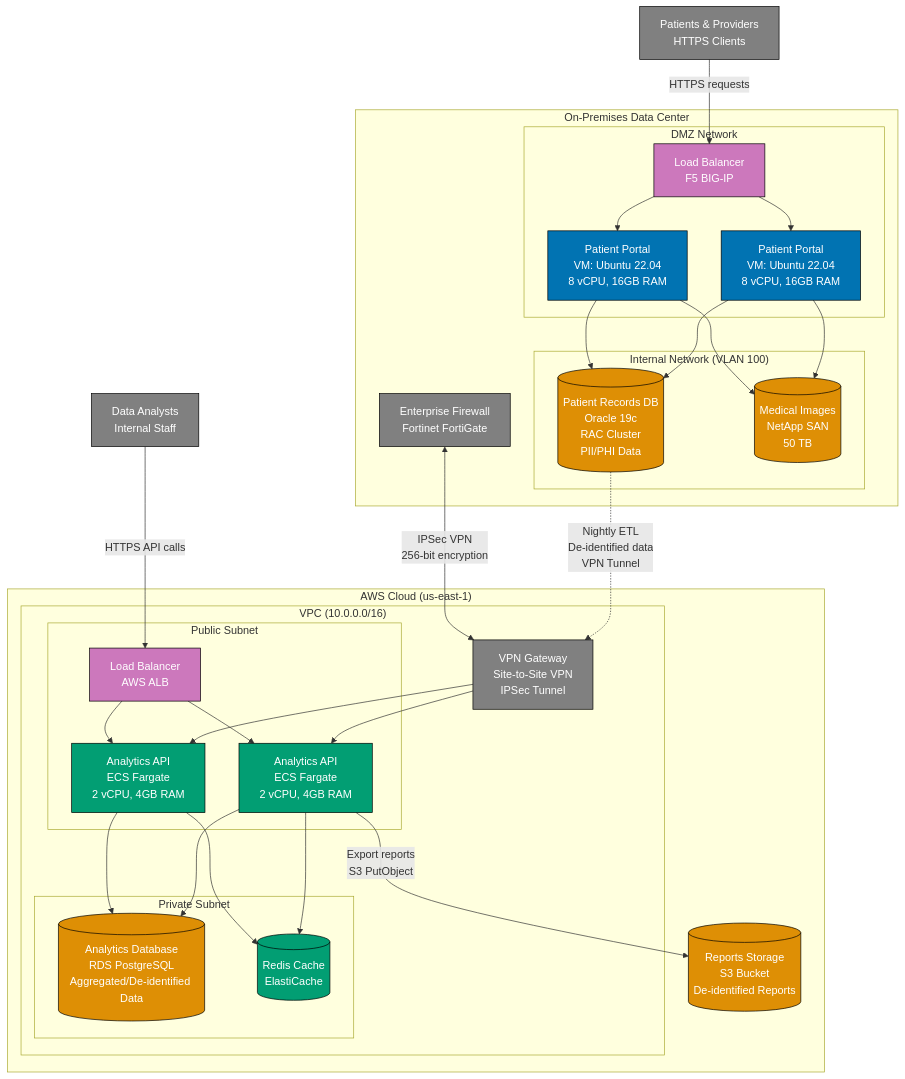
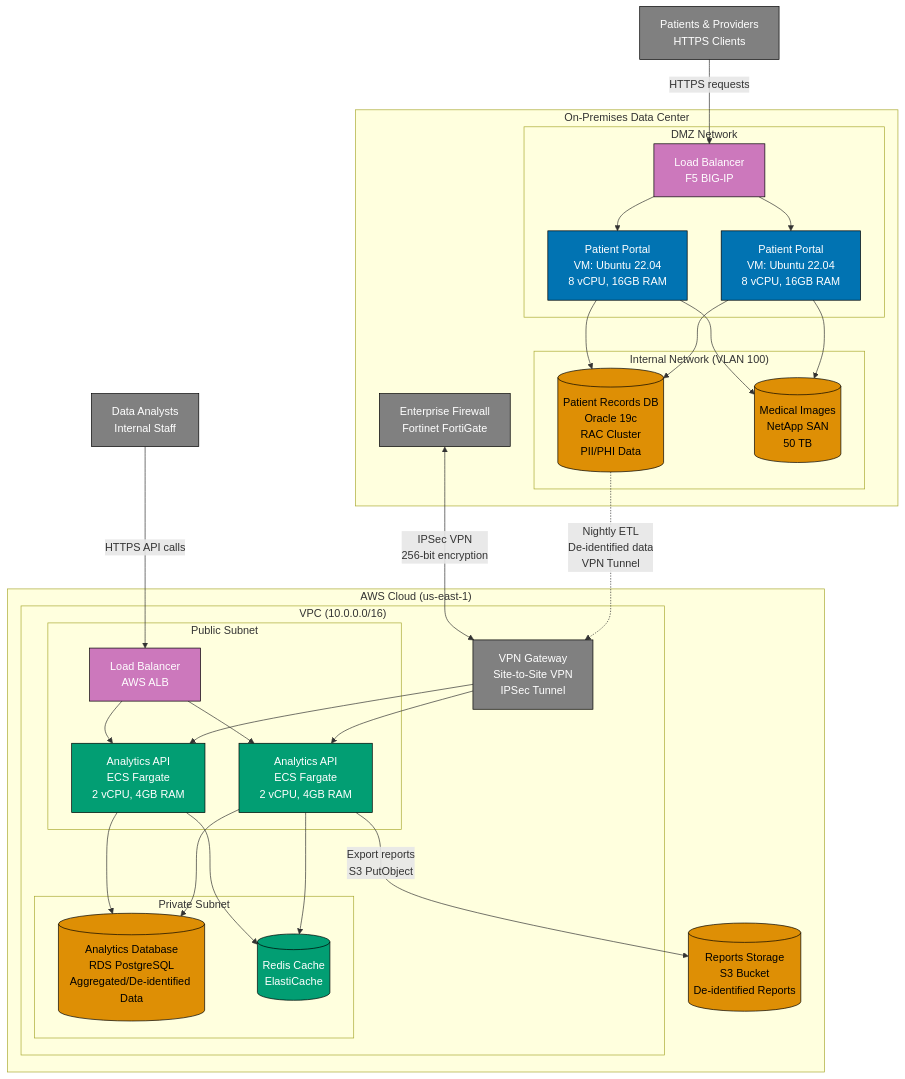
Before and after one commit to wahidyankf/open-sharia-enterprise: the tenth of 11 diagrams in docs/explanation/software-design/c4-architecture-model/ex-sode-c4armo__07-supplementary-diagrams.md, drawn with Mermaid. The commit also changed other lines of this file and 35 other files, not shown here.

````diff
--- a/docs/explanation/software-design/c4-architecture-model/ex-sode-c4armo__07-supplementary-diagrams.md
+++ b/docs/explanation/software-design/c4-architecture-model/ex-sode-c4armo__07-supplementary-diagrams.md
@@ -1043,78 +1043,78 @@
 ```mermaid
 graph TB
     subgraph "On-Premises Data Center"
         subgraph "DMZ Network"
             ON_PREM_LB[Load Balancer<br/>F5 BIG-IP]
             ON_PREM_APP1[Patient Portal<br/>VM: Ubuntu 22.04<br/>8 vCPU, 16GB RAM]
             ON_PREM_APP2[Patient Portal<br/>VM: Ubuntu 22.04<br/>8 vCPU, 16GB RAM]
         end
 
         subgraph "Internal Network (VLAN 100)"
             ON_PREM_DB[(Patient Records DB<br/>Oracle 19c<br/>RAC Cluster<br/>PII/PHI Data)]
             ON_PREM_STORAGE[(Medical Images<br/>NetApp SAN<br/>50 TB)]
         end
 
         FIREWALL[Enterprise Firewall<br/>Fortinet FortiGate]
     end
 
     subgraph "AWS Cloud (us-east-1)"
         subgraph "VPC (10.0.0.0/16)"
             VPN_GW[VPN Gateway<br/>Site-to-Site VPN<br/>IPSec Tunnel]
 
             subgraph "Public Subnet"
                 CLOUD_LB[Load Balancer<br/>AWS ALB]
                 CLOUD_API1[Analytics API<br/>ECS Fargate<br/>2 vCPU, 4GB RAM]
                 CLOUD_API2[Analytics API<br/>ECS Fargate<br/>2 vCPU, 4GB RAM]
             end
 
             subgraph "Private Subnet"
                 CLOUD_DB[(Analytics Database<br/>RDS PostgreSQL<br/>Aggregated/De-identified Data)]
                 CLOUD_CACHE[(Redis Cache<br/>ElastiCache)]
             end
         end
 
         S3_REPORTS[(Reports Storage<br/>S3 Bucket<br/>De-identified Reports)]
     end
 
     USERS[Patients & Providers<br/>HTTPS Clients]
     ANALYSTS[Data Analysts<br/>Internal Staff]
 
     USERS -->|HTTPS requests| ON_PREM_LB
     ON_PREM_LB --> ON_PREM_APP1
     ON_PREM_LB --> ON_PREM_APP2
     ON_PREM_APP1 --> ON_PREM_DB
     ON_PREM_APP2 --> ON_PREM_DB
     ON_PREM_APP1 --> ON_PREM_STORAGE
     ON_PREM_APP2 --> ON_PREM_STORAGE
 
     ON_PREM_DB -.->|Nightly ETL<br/>De-identified data<br/>VPN Tunnel| VPN_GW
     FIREWALL <-->|IPSec VPN<br/>256-bit encryption| VPN_GW
 
     VPN_GW --> CLOUD_API1
     VPN_GW --> CLOUD_API2
 
     ANALYSTS -->|HTTPS API calls| CLOUD_LB
     CLOUD_LB --> CLOUD_API1
     CLOUD_LB --> CLOUD_API2
     CLOUD_API1 --> CLOUD_DB
     CLOUD_API2 --> CLOUD_DB
     CLOUD_API1 --> CLOUD_CACHE
     CLOUD_API2 --> CLOUD_CACHE
     CLOUD_API1 -->|Export reports<br/>S3 PutObject| S3_REPORTS
 
     style ON_PREM_LB fill:#CC78BC,stroke:#000000,color:#ffffff
     style ON_PREM_APP1 fill:#0173B2,stroke:#000000,color:#ffffff
     style ON_PREM_APP2 fill:#0173B2,stroke:#000000,color:#ffffff
-    style ON_PREM_DB fill:#DE8F05,stroke:#000000,color:#ffffff
-    style ON_PREM_STORAGE fill:#DE8F05,stroke:#000000,color:#ffffff
+    style ON_PREM_DB fill:#DE8F05,stroke:#000000,color:#000000
+    style ON_PREM_STORAGE fill:#DE8F05,stroke:#000000,color:#000000
     style FIREWALL fill:#808080,stroke:#000000,color:#ffffff
     style VPN_GW fill:#808080,stroke:#000000,color:#ffffff
     style CLOUD_LB fill:#CC78BC,stroke:#000000,color:#ffffff
     style CLOUD_API1 fill:#029E73,stroke:#000000,color:#ffffff
     style CLOUD_API2 fill:#029E73,stroke:#000000,color:#ffffff
-    style CLOUD_DB fill:#DE8F05,stroke:#000000,color:#ffffff
+    style CLOUD_DB fill:#DE8F05,stroke:#000000,color:#000000
     style CLOUD_CACHE fill:#029E73,stroke:#000000,color:#ffffff
-    style S3_REPORTS fill:#DE8F05,stroke:#000000,color:#ffffff
+    style S3_REPORTS fill:#DE8F05,stroke:#000000,color:#000000
     style USERS fill:#808080,stroke:#000000,color:#ffffff
     style ANALYSTS fill:#808080,stroke:#000000,color:#ffffff
 ```
````
